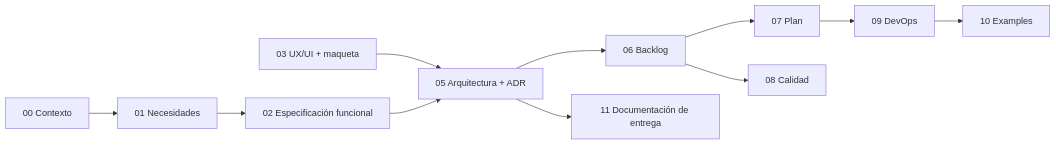
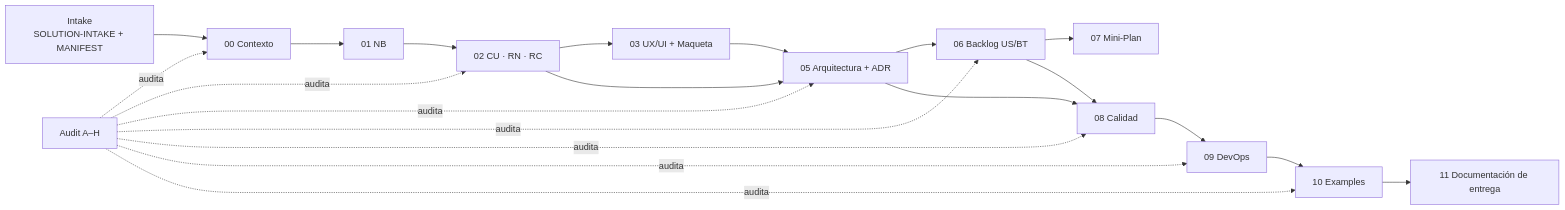
One commit to UTN-FRP-TUP-Aplicada-2025/SAI.Service.Core.Documentacion changed the diagram in ia-db/indexes/09_Documentacion-Sdd.md. Above: the diagram before and after it, drawn with Mermaid. The commit also changed other lines of this file and 73 other files, not shown here.

````diff
--- a/ia-db/indexes/09_Documentacion-Sdd.md
+++ b/ia-db/indexes/09_Documentacion-Sdd.md
@@ -50,9 +42,17 @@
 ```mermaid
-graph LR
-    c00["00 Contexto"] --> c01["01 Necesidades"] --> c02["02 Especificación funcional"]
-    c03["03 UX/UI + maqueta"] --> c05["05 Arquitectura + ADR"]
-    c02 --> c05 --> c06["06 Backlog"] --> c07["07 Plan"]
-    c06 --> c08["08 Calidad"]
-    c07 --> c09["09 DevOps"] --> c10["10 Examples"]
-    c05 --> c11["11 Documentación de entrega"]
+flowchart LR
+  IN[Intake<br/>SOLUTION-INTAKE + MANIFEST] --> C00[00 Contexto]
+  C00 --> C01[01 NB]
+  C01 --> C02[02 CU · RN · RC]
+  C02 --> C03[03 UX/UI + Maqueta]
+  C02 --> C05[05 Arquitectura + ADR]
+  C03 --> C05
+  C05 --> C06[06 Backlog US/BT]
+  C06 --> C07[07 Mini-Plan]
+  C05 --> C08[08 Calidad]
+  C06 --> C08
+  C08 --> C09[09 DevOps]
+  C09 --> C10[10 Examples]
+  C10 --> C11[11 Documentación de entrega]
+  AU[Audit A–H] -.audita.-> C00 & C02 & C05 & C06 & C08 & C09 & C10
 ```
````
